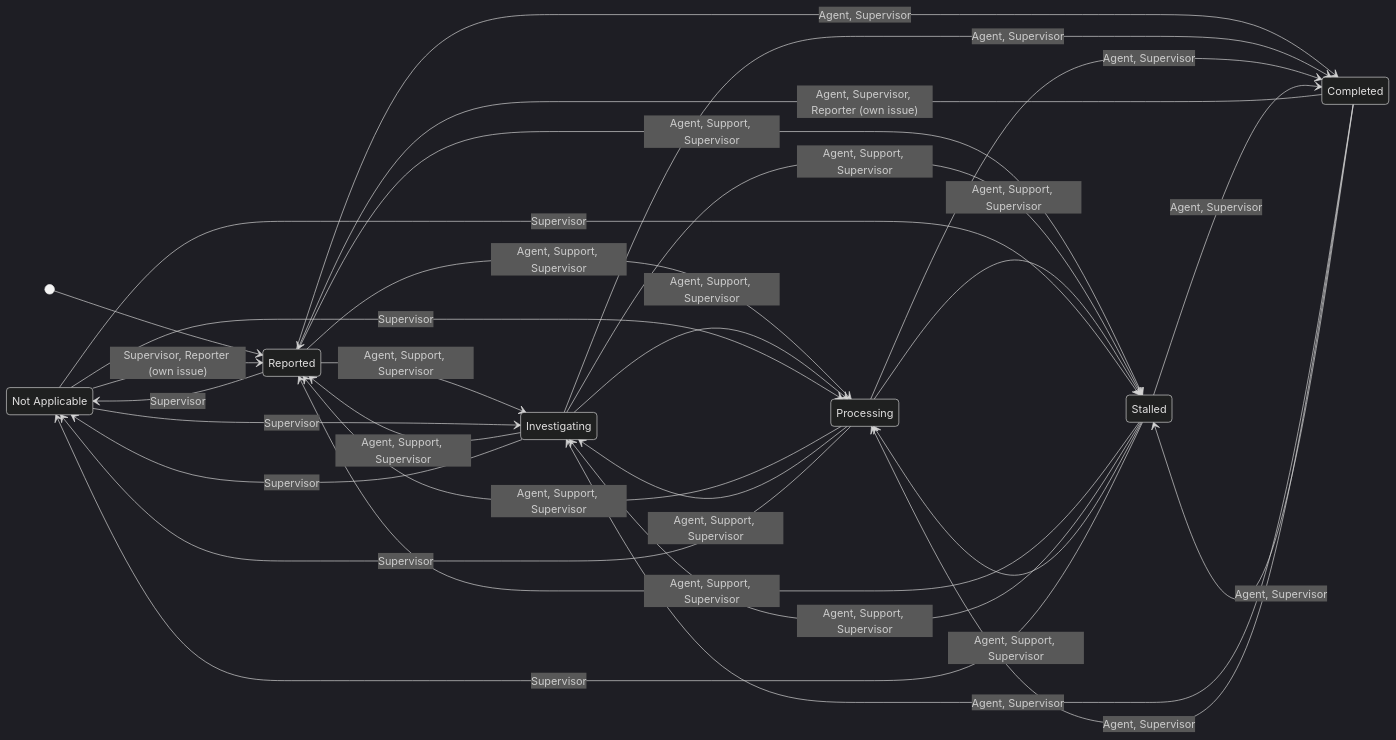
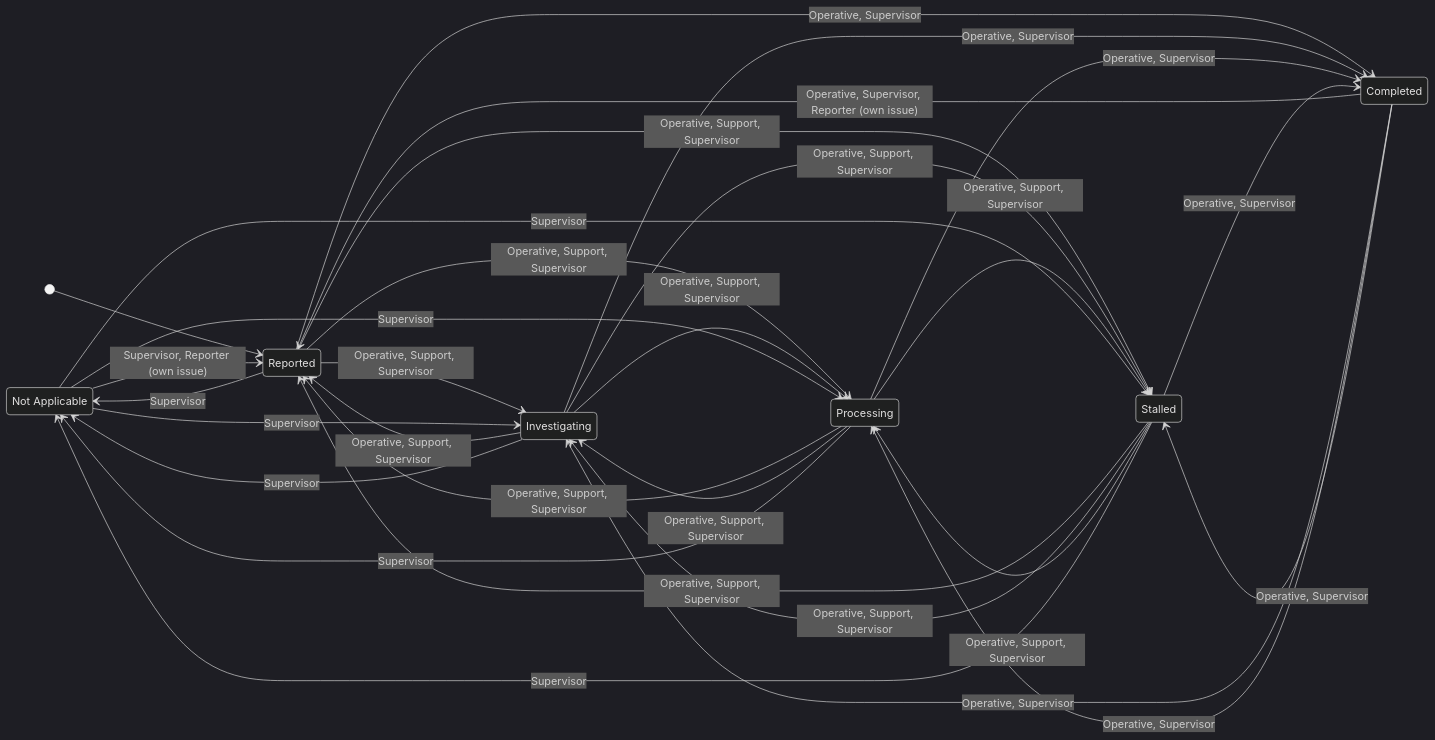
One commit to adelaine/9l-sre changed the diagram in src/content/docs/core/status/incident.md. Above: the diagram before and after it, drawn with Mermaid (dark theme). The commit also changed other lines of this file and 20 other files, not shown here.

````diff
--- a/src/content/docs/core/status/incident.md
+++ b/src/content/docs/core/status/incident.md
@@ -32,34 +32,34 @@
 ```mermaid
 stateDiagram-v2
     direction LR
     state "Not Applicable" as NotApplicable
     [*] --> Reported
-    Reported --> Investigating: Agent, Support, Supervisor
-    Reported --> Processing: Agent, Support, Supervisor
-    Reported --> Stalled: Agent, Support, Supervisor
-    Reported --> Completed: Agent, Supervisor
+    Reported --> Investigating: Operative, Support, Supervisor
+    Reported --> Processing: Operative, Support, Supervisor
+    Reported --> Stalled: Operative, Support, Supervisor
+    Reported --> Completed: Operative, Supervisor
     Reported --> NotApplicable: Supervisor
-    Investigating --> Reported: Agent, Support, Supervisor
-    Investigating --> Processing: Agent, Support, Supervisor
-    Investigating --> Stalled: Agent, Support, Supervisor
-    Investigating --> Completed: Agent, Supervisor
+    Investigating --> Reported: Operative, Support, Supervisor
+    Investigating --> Processing: Operative, Support, Supervisor
+    Investigating --> Stalled: Operative, Support, Supervisor
+    Investigating --> Completed: Operative, Supervisor
     Investigating --> NotApplicable: Supervisor
-    Processing --> Reported: Agent, Support, Supervisor
-    Processing --> Investigating: Agent, Support, Supervisor
-    Processing --> Stalled: Agent, Support, Supervisor
-    Processing --> Completed: Agent, Supervisor
+    Processing --> Reported: Operative, Support, Supervisor
+    Processing --> Investigating: Operative, Support, Supervisor
+    Processing --> Stalled: Operative, Support, Supervisor
+    Processing --> Completed: Operative, Supervisor
     Processing --> NotApplicable: Supervisor
-    Stalled --> Reported: Agent, Support, Supervisor
-    Stalled --> Investigating: Agent, Support, Supervisor
-    Stalled --> Processing: Agent, Support, Supervisor
-    Stalled --> Completed: Agent, Supervisor
+    Stalled --> Reported: Operative, Support, Supervisor
+    Stalled --> Investigating: Operative, Support, Supervisor
+    Stalled --> Processing: Operative, Support, Supervisor
+    Stalled --> Completed: Operative, Supervisor
     Stalled --> NotApplicable: Supervisor
-    Completed --> Reported: Agent, Supervisor, Reporter (own issue)
-    Completed --> Investigating: Agent, Supervisor
-    Completed --> Processing: Agent, Supervisor
-    Completed --> Stalled: Agent, Supervisor
+    Completed --> Reported: Operative, Supervisor, Reporter (own issue)
+    Completed --> Investigating: Operative, Supervisor
+    Completed --> Processing: Operative, Supervisor
+    Completed --> Stalled: Operative, Supervisor
     NotApplicable --> Reported: Supervisor, Reporter (own issue)
     NotApplicable --> Investigating: Supervisor
     NotApplicable --> Processing: Supervisor
     NotApplicable --> Stalled: Supervisor
 ```
````
